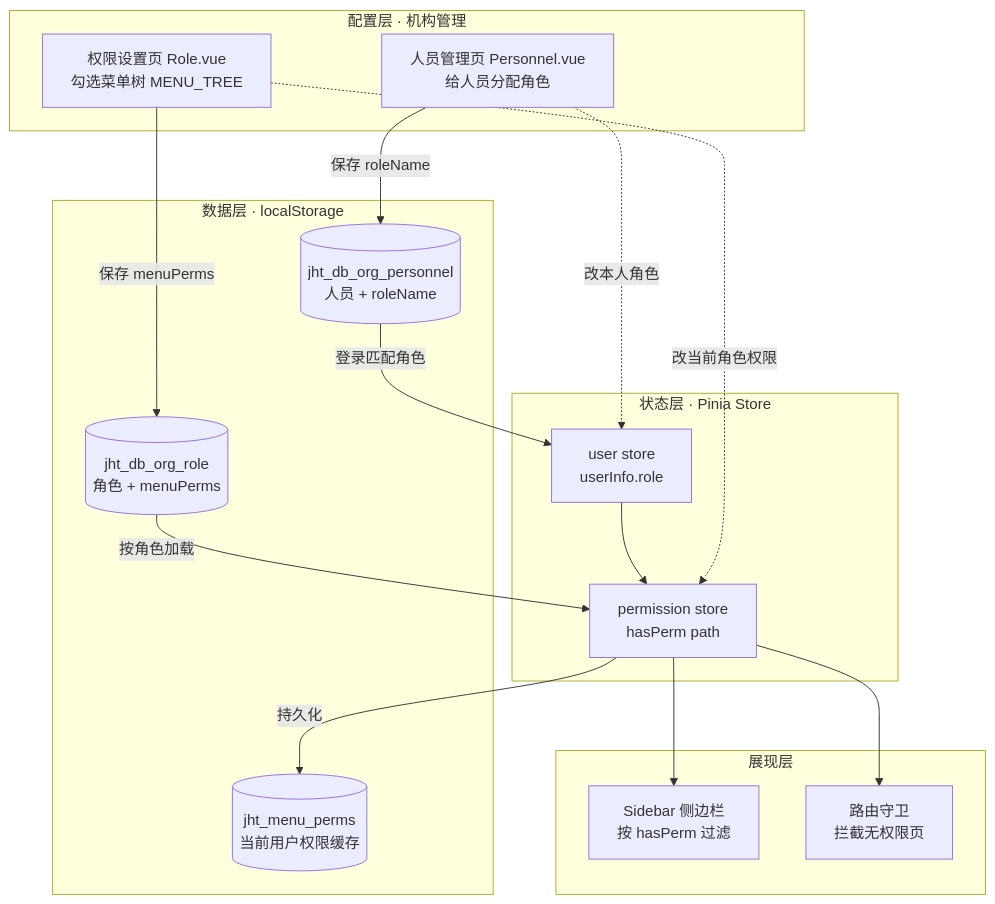
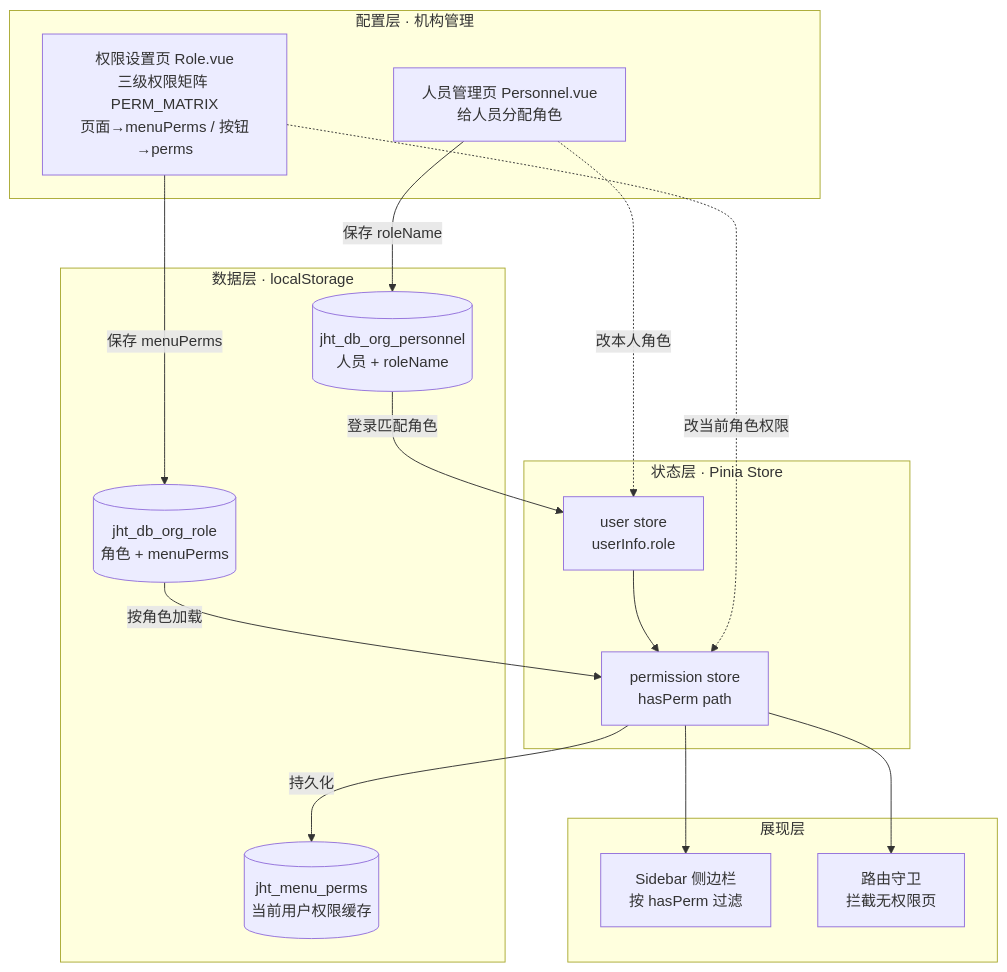
The first of 4 diagrams in agent/prds/prd-role-permission.md (JackingZ/AI-project_cbl), drawn with Mermaid before and after one commit. The commit also changed other lines of this file and 10 other files, not shown here.

````diff
--- a/agent/prds/prd-role-permission.md
+++ b/agent/prds/prd-role-permission.md
@@ -98,34 +116,34 @@
 ```mermaid
 graph TD
   subgraph 配置层[配置层 · 机构管理]
-    A1[权限设置页 Role.vue<br/>勾选菜单树 MENU_TREE]
+    A1[权限设置页 Role.vue<br/>三级权限矩阵 PERM_MATRIX<br/>页面→menuPerms / 按钮→perms]
     A2[人员管理页 Personnel.vue<br/>给人员分配角色]
   end
 
   subgraph 数据层[数据层 · localStorage]
     D1[(jht_db_org_role<br/>角色 + menuPerms)]
     D2[(jht_db_org_personnel<br/>人员 + roleName)]
     D3[(jht_menu_perms<br/>当前用户权限缓存)]
   end
 
   subgraph 状态层[状态层 · Pinia Store]
     S1[user store<br/>userInfo.role]
     S2[permission store<br/>hasPerm path]
   end
 
   subgraph 展现层[展现层]
     V1[Sidebar 侧边栏<br/>按 hasPerm 过滤]
     V2[路由守卫<br/>拦截无权限页]
   end
 
   A1 -->|保存 menuPerms| D1
   A2 -->|保存 roleName| D2
   D2 -->|登录匹配角色| S1
   D1 -->|按角色加载| S2
   S2 -->|持久化| D3
   S1 --> S2
   S2 --> V1
   S2 --> V2
   A1 -.改当前角色权限.-> S2
   A2 -.改本人角色.-> S1
 ```
````
